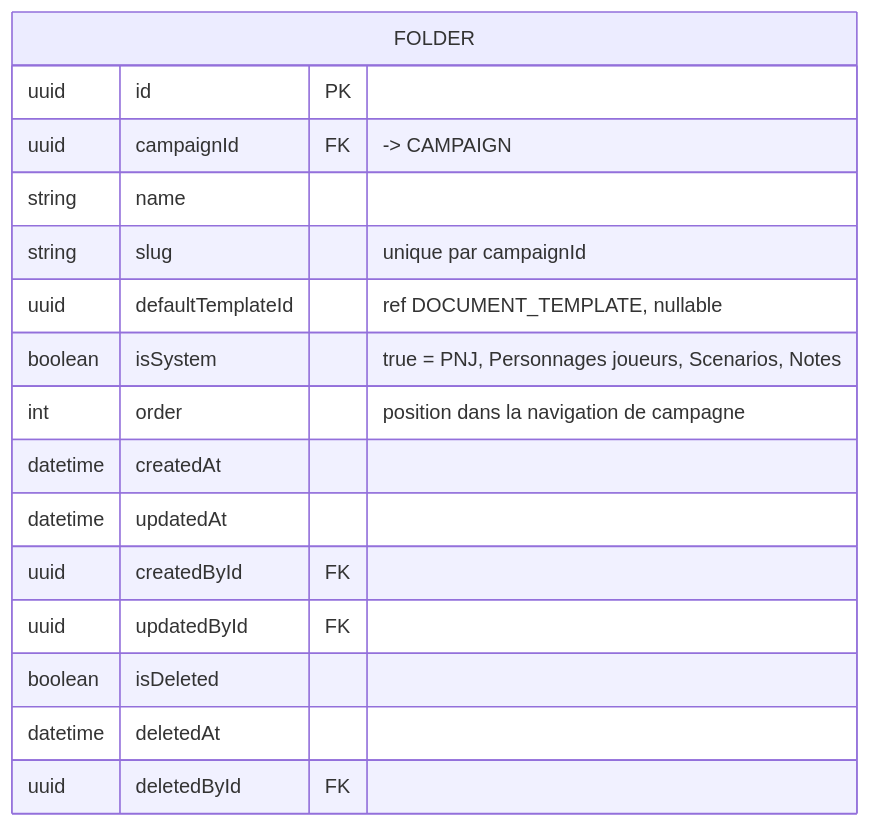
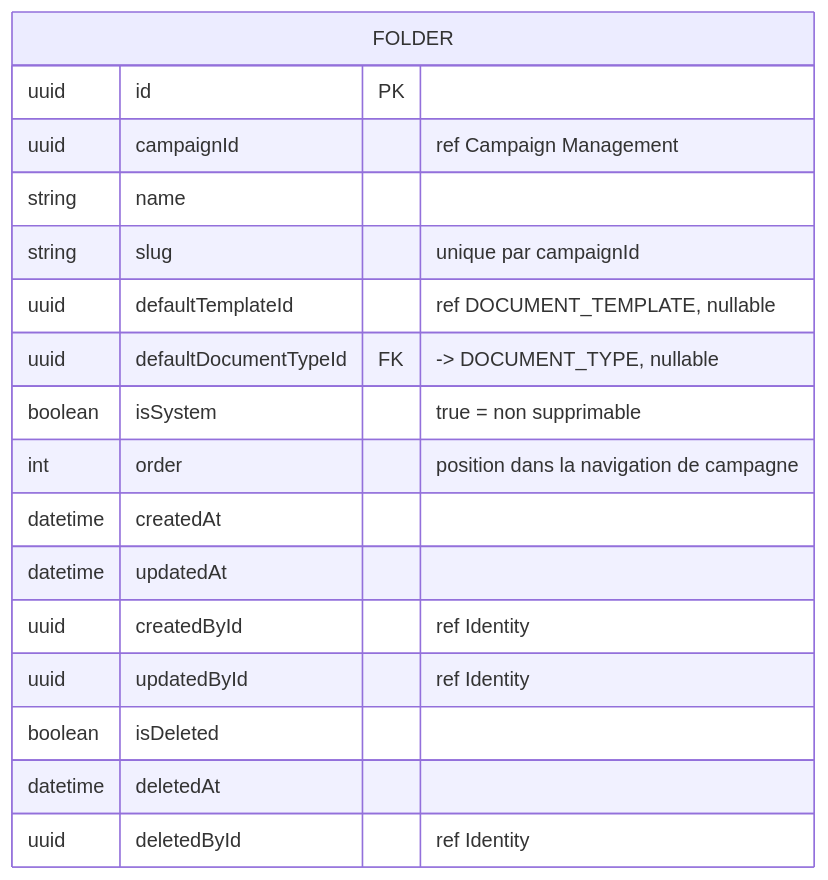
One commit to 2025-10-CDA-ECO-P6/PM-micro-saas changed the second of 3 diagrams in docs/conception/data/content-library.md. Above: the diagram before and after it, drawn with Mermaid. The commit also changed other lines of this file and 102 other files, not shown here.

Commit message:
docs: update data and class diagrams to align with domain refactoring

````diff
--- a/docs/conception/data/content-library.md
+++ b/docs/conception/data/content-library.md
@@ -99,19 +135,20 @@
 ```mermaid
 erDiagram
     FOLDER {
         uuid id PK
-        uuid campaignId FK "-> CAMPAIGN"
+        uuid campaignId "ref Campaign Management"
         string name
         string slug "unique par campaignId"
         uuid defaultTemplateId "ref DOCUMENT_TEMPLATE, nullable"
-        boolean isSystem "true = PNJ, Personnages joueurs, Scenarios, Notes"
+        uuid defaultDocumentTypeId FK "-> DOCUMENT_TYPE, nullable"
+        boolean isSystem "true = non supprimable"
         int order "position dans la navigation de campagne"
         datetime createdAt
         datetime updatedAt
-        uuid createdById FK
-        uuid updatedById FK
+        uuid createdById "ref Identity"
+        uuid updatedById "ref Identity"
         boolean isDeleted
         datetime deletedAt
-        uuid deletedById FK
+        uuid deletedById "ref Identity"
     }
 ```
````
